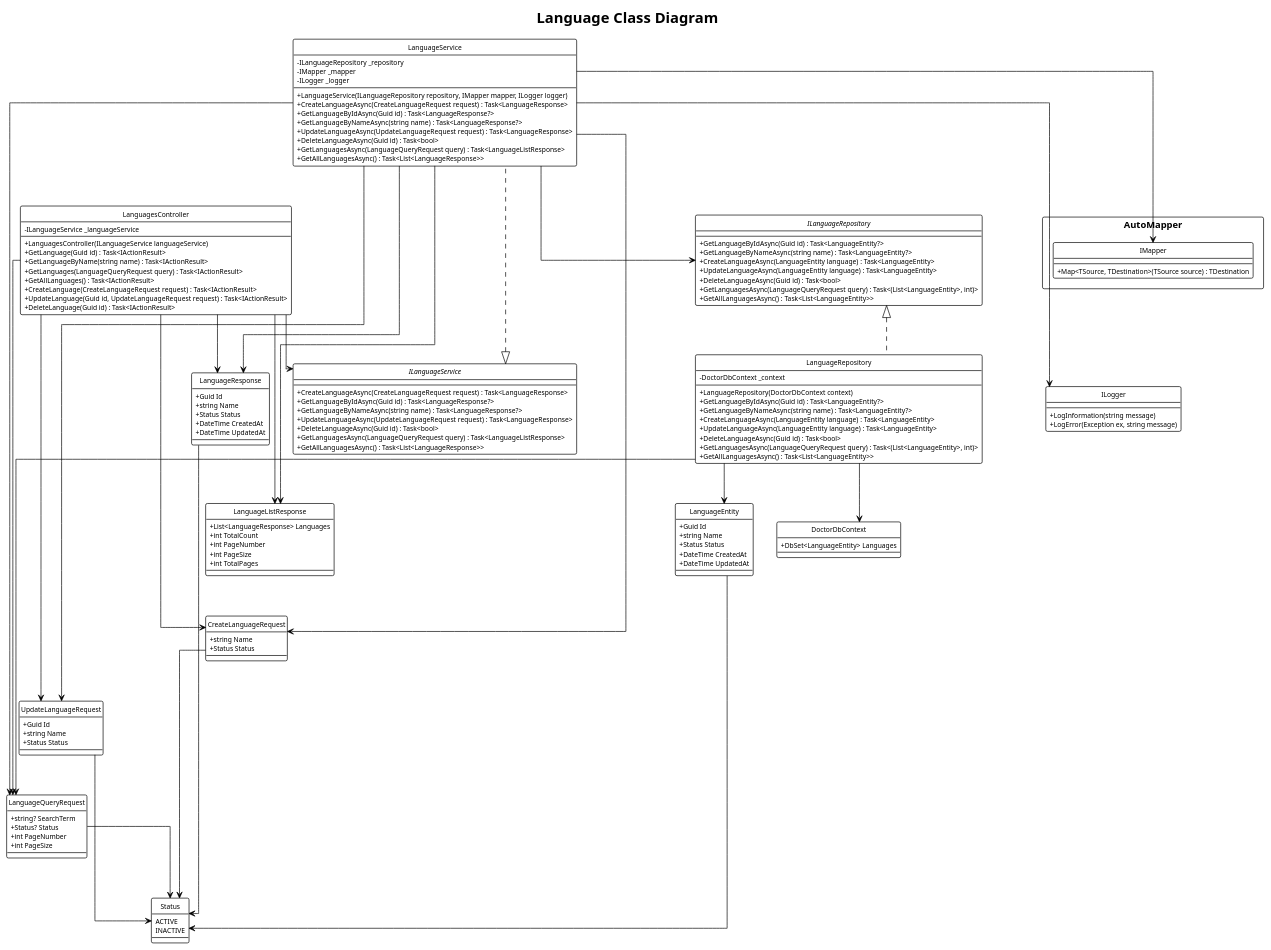
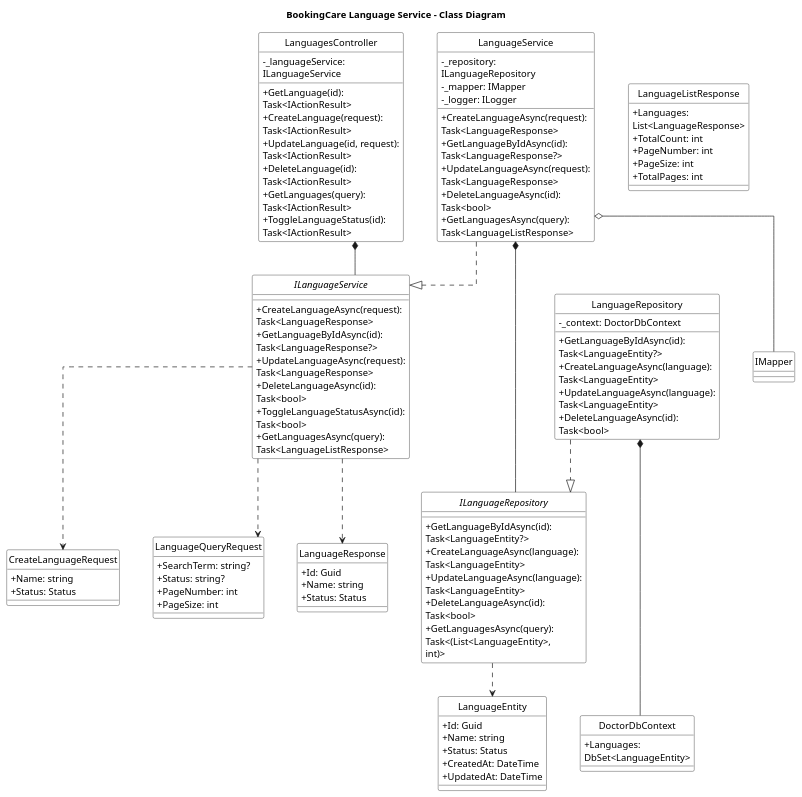
Before and after one commit to Capstone-FA25-MABS/BookingCareSystemBackend: the diagram in src/Services/BookingCare.Services.Doctor/class_diagram/language_class_diagram.puml, drawn with PlantUML. The commit also changed 28 other files, not shown here.

Commit message:
[FIX] update class diagram, markdown unit test

```diff
--- a/src/Services/BookingCare.Services.Doctor/class_diagram/language_class_diagram.puml
+++ b/src/Services/BookingCare.Services.Doctor/class_diagram/language_class_diagram.puml
@@ -1,210 +1,132 @@
-@startuml
-!theme plain
-title Language Class Diagram
+@startuml Language-Class-Diagram
+
+title BookingCare Language Service - Class Diagram
+
 hide circle
+skinparam classAttributeIconSize 0
+skinparam linetype ortho
+skinparam nodesep 50
+skinparam ranksep 50
+skinparam classBackgroundColor White
+skinparam classBorderColor Black
+skinparam wrapWidth 220
+skinparam maxMessageSize 220
 
-' ===== SKIN PARAMETERS =====
-skinparam class {
-    BackgroundColor White
-    BorderColor Black
-    ArrowColor Black
-    ArrowThickness 1
-    FontSize 10
+' ========== PRESENTATION LAYER ==========
+class LanguagesController {
+    - _languageService: ILanguageService
+    + GetLanguage(id): Task<IActionResult>
+    + CreateLanguage(request): Task<IActionResult>
+    + UpdateLanguage(id, request): Task<IActionResult>
+    + DeleteLanguage(id): Task<IActionResult>
+    + GetLanguages(query): Task<IActionResult>
+    + ToggleLanguageStatus(id): Task<IActionResult>
 }
 
-skinparam arrow {
-    Thickness 1
-    Color Black
+' ========== SERVICE LAYER ==========
+interface ILanguageService {
+    + CreateLanguageAsync(request): Task<LanguageResponse>
+    + GetLanguageByIdAsync(id): Task<LanguageResponse?>
+    + UpdateLanguageAsync(request): Task<LanguageResponse>
+    + DeleteLanguageAsync(id): Task<bool>
+    + ToggleLanguageStatusAsync(id): Task<bool>
+    + GetLanguagesAsync(query): Task<LanguageListResponse>
 }
 
-skinparam linetype ortho
-skinparam packageStyle rectangle
-
-' ===== VISIBILITY MODIFIERS =====
-skinparam classAttribute {
-    IconSize 0
-    FontSize 10
+class LanguageService {
+    - _repository: ILanguageRepository
+    - _mapper: IMapper
+    - _logger: ILogger
+    + CreateLanguageAsync(request): Task<LanguageResponse>
+    + GetLanguageByIdAsync(id): Task<LanguageResponse?>
+    + UpdateLanguageAsync(request): Task<LanguageResponse>
+    + DeleteLanguageAsync(id): Task<bool>
+    + GetLanguagesAsync(query): Task<LanguageListResponse>
 }
 
-skinparam classMethod {
-    IconSize 0
-    FontSize 10
+' ========== REPOSITORY LAYER ==========
+interface ILanguageRepository {
+    + GetLanguageByIdAsync(id): Task<LanguageEntity?>
+    + CreateLanguageAsync(language): Task<LanguageEntity>
+    + UpdateLanguageAsync(language): Task<LanguageEntity>
+    + DeleteLanguageAsync(id): Task<bool>
+    + GetLanguagesAsync(query): Task<(List<LanguageEntity>, int)>
 }
 
-' ===== CORE ENTITIES =====
-class LanguageEntity {
-    + Guid Id
-    + string Name
-    + Status Status
-    + DateTime CreatedAt
-    + DateTime UpdatedAt
+class LanguageRepository {
+    - _context: DoctorDbContext
+    + GetLanguageByIdAsync(id): Task<LanguageEntity?>
+    + CreateLanguageAsync(language): Task<LanguageEntity>
+    + UpdateLanguageAsync(language): Task<LanguageEntity>
+    + DeleteLanguageAsync(id): Task<bool>
 }
 
-' ===== REQUEST DTOs =====
-class CreateLanguageRequest {
-    + string Name
-    + Status Status
+' ========== DATA LAYER ==========
+class DoctorDbContext {
+    + Languages: DbSet<LanguageEntity>
 }
 
-class UpdateLanguageRequest {
-    + Guid Id
-    + string Name
-    + Status Status
+' ========== ENTITIES ==========
+class LanguageEntity {
+    + Id: Guid
+    + Name: string
+    + Status: Status
+    + CreatedAt: DateTime
+    + UpdatedAt: DateTime
+}
+
+' ========== DTOs ==========
+class CreateLanguageRequest {
+    + Name: string
+    + Status: Status
 }
 
 class LanguageQueryRequest {
-    + string? SearchTerm
-    + Status? Status
-    + int PageNumber
-    + int PageSize
+    + SearchTerm: string?
+    + Status: string?
+    + PageNumber: int
+    + PageSize: int
 }
 
-' ===== RESPONSE DTOs =====
 class LanguageResponse {
-    + Guid Id
-    + string Name
-    + Status Status
-    + DateTime CreatedAt
-    + DateTime UpdatedAt
+    + Id: Guid
+    + Name: string
+    + Status: Status
 }
 
 class LanguageListResponse {
-    + List<LanguageResponse> Languages
-    + int TotalCount
-    + int PageNumber
-    + int PageSize
-    + int TotalPages
+    + Languages: List<LanguageResponse>
+    + TotalCount: int
+    + PageNumber: int
+    + PageSize: int
+    + TotalPages: int
 }
 
-' ===== REPOSITORY INTERFACE =====
-interface ILanguageRepository {
-    + GetLanguageByIdAsync(Guid id) : Task<LanguageEntity?>
-    + GetLanguageByNameAsync(string name) : Task<LanguageEntity?>
-    + CreateLanguageAsync(LanguageEntity language) : Task<LanguageEntity>
-    + UpdateLanguageAsync(LanguageEntity language) : Task<LanguageEntity>
-    + DeleteLanguageAsync(Guid id) : Task<bool>
-    + GetLanguagesAsync(LanguageQueryRequest query) : Task<(List<LanguageEntity>, int)>
-    + GetAllLanguagesAsync() : Task<List<LanguageEntity>>
-}
+' ========== LAYOUT HINTS ==========
+LanguagesController -[hidden]down- ILanguageService
+ILanguageService -[hidden]down- ILanguageRepository
+ILanguageRepository -[hidden]down- DoctorDbContext
 
-' ===== REPOSITORY IMPLEMENTATION =====
-class LanguageRepository {
-    - DoctorDbContext _context
-    --
-    + LanguageRepository(DoctorDbContext context)
-    + GetLanguageByIdAsync(Guid id) : Task<LanguageEntity?>
-    + GetLanguageByNameAsync(string name) : Task<LanguageEntity?>
-    + CreateLanguageAsync(LanguageEntity language) : Task<LanguageEntity>
-    + UpdateLanguageAsync(LanguageEntity language) : Task<LanguageEntity>
-    + DeleteLanguageAsync(Guid id) : Task<bool>
-    + GetLanguagesAsync(LanguageQueryRequest query) : Task<(List<LanguageEntity>, int)>
-    + GetAllLanguagesAsync() : Task<List<LanguageEntity>>
-}
+' ========== RELATIONSHIPS ==========
 
-' ===== SERVICE INTERFACE =====
-interface ILanguageService {
-    + CreateLanguageAsync(CreateLanguageRequest request) : Task<LanguageResponse>
-    + GetLanguageByIdAsync(Guid id) : Task<LanguageResponse?>
-    + GetLanguageByNameAsync(string name) : Task<LanguageResponse?>
-    + UpdateLanguageAsync(UpdateLanguageRequest request) : Task<LanguageResponse>
-    + DeleteLanguageAsync(Guid id) : Task<bool>
-    + GetLanguagesAsync(LanguageQueryRequest query) : Task<LanguageListResponse>
-    + GetAllLanguagesAsync() : Task<List<LanguageResponse>>
-}
+' Controller Layer
+LanguagesController *-- ILanguageService
 
-' ===== SERVICE IMPLEMENTATION =====
-class LanguageService {
-    - ILanguageRepository _repository
-    - IMapper _mapper
-    - ILogger _logger
-    --
-    + LanguageService(ILanguageRepository repository, IMapper mapper, ILogger logger)
-    + CreateLanguageAsync(CreateLanguageRequest request) : Task<LanguageResponse>
-    + GetLanguageByIdAsync(Guid id) : Task<LanguageResponse?>
-    + GetLanguageByNameAsync(string name) : Task<LanguageResponse?>
-    + UpdateLanguageAsync(UpdateLanguageRequest request) : Task<LanguageResponse>
-    + DeleteLanguageAsync(Guid id) : Task<bool>
-    + GetLanguagesAsync(LanguageQueryRequest query) : Task<LanguageListResponse>
-    + GetAllLanguagesAsync() : Task<List<LanguageResponse>>
-}
+' Service Layer
+LanguageService ..|> ILanguageService
+LanguageService *-- ILanguageRepository
+LanguageService o-- IMapper
 
-' ===== CONTROLLER =====
-class LanguagesController {
-    - ILanguageService _languageService
-    --
-    + LanguagesController(ILanguageService languageService)
-    + GetLanguage(Guid id) : Task<IActionResult>
-    + GetLanguageByName(string name) : Task<IActionResult>
-    + GetLanguages(LanguageQueryRequest query) : Task<IActionResult>
-    + GetAllLanguages() : Task<IActionResult>
-    + CreateLanguage(CreateLanguageRequest request) : Task<IActionResult>
-    + UpdateLanguage(Guid id, UpdateLanguageRequest request) : Task<IActionResult>
-    + DeleteLanguage(Guid id) : Task<IActionResult>
-}
+' Repository Layer
+LanguageRepository ..|> ILanguageRepository
+LanguageRepository *-- DoctorDbContext
 
-' ===== EXTERNAL DEPENDENCIES =====
-class DoctorDbContext {
-    + DbSet<LanguageEntity> Languages
-}
+' Service Uses DTOs
+ILanguageService ..> CreateLanguageRequest
+ILanguageService ..> LanguageQueryRequest
+ILanguageService ..> LanguageResponse
 
-class AutoMapper.IMapper {
-    + Map<TSource, TDestination>(TSource source) : TDestination
-}
-
-class ILogger {
-    + LogInformation(string message)
-    + LogError(Exception ex, string message)
-}
-
-' ===== ENUMS =====
-enum Status {
-    ACTIVE
-    INACTIVE
-}
-
-' ===== LAYOUT POSITIONING =====
-LanguageEntity -[hidden]- CreateLanguageRequest
-CreateLanguageRequest -[hidden]- UpdateLanguageRequest
-UpdateLanguageRequest -[hidden]- LanguageQueryRequest
-
-LanguageResponse -[hidden]- LanguageListResponse
-
-ILanguageRepository -[hidden]- LanguageRepository
-LanguageRepository -[hidden]- DoctorDbContext
-
-ILanguageService -[hidden]- LanguageService
-LanguageService -[hidden]- LanguagesController
-
-IMapper -[hidden]- ILogger
-
-' ===== RELATIONSHIPS =====
-ILanguageRepository <|.. LanguageRepository
-ILanguageService <|.. LanguageService
-
-LanguageRepository --> DoctorDbContext
-LanguageRepository --> LanguageEntity
-LanguageRepository --> LanguageQueryRequest
-
-LanguageService --> ILanguageRepository
-LanguageService --> IMapper
-LanguageService --> ILogger
-LanguageService --> CreateLanguageRequest
-LanguageService --> UpdateLanguageRequest
-LanguageService --> LanguageQueryRequest
-LanguageService --> LanguageResponse
-LanguageService --> LanguageListResponse
-
-LanguagesController --> ILanguageService
-LanguagesController --> CreateLanguageRequest
-LanguagesController --> UpdateLanguageRequest
-LanguagesController --> LanguageQueryRequest
-LanguagesController --> LanguageResponse
-LanguagesController --> LanguageListResponse
-
-LanguageEntity --> Status
-CreateLanguageRequest --> Status
-UpdateLanguageRequest --> Status
-LanguageQueryRequest --> Status
-LanguageResponse --> Status
+' Repository Uses Entities
+ILanguageRepository ..> LanguageEntity
 
 @enduml
```
